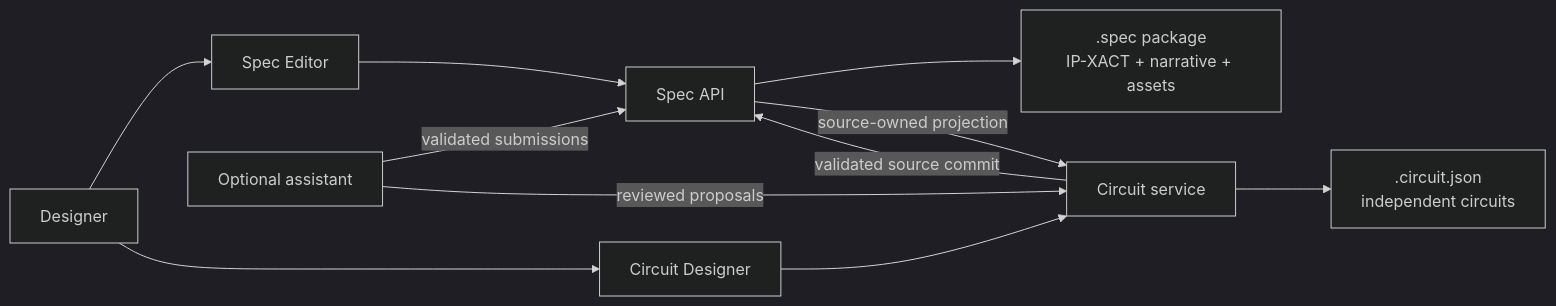
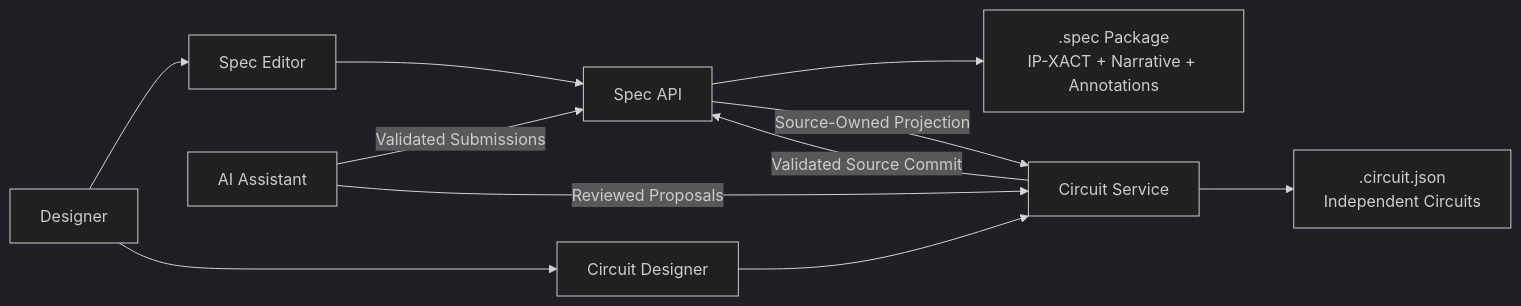
The diagram in README.md (ankdesh/spec2gds), drawn with Mermaid (dark theme) before and after one commit. The commit also changed other lines of this file and 73 other files, not shown here.

````diff
--- a/README.md
+++ b/README.md
@@ -13,13 +10,13 @@
 ```mermaid
 flowchart LR
     User["Designer"] --> SpecUI["Spec Editor"]
     SpecUI --> SpecAPI["Spec API"]
-    SpecAPI --> Package[".spec package<br/>IP-XACT + narrative + assets"]
-    SpecAPI -->|"source-owned projection"| CircuitAPI["Circuit service"]
+    SpecAPI --> Package[".spec Package<br/>IP-XACT + Narrative + Annotations"]
+    SpecAPI -->|"Source-Owned Projection"| CircuitAPI["Circuit Service"]
     CircuitUI["Circuit Designer"] --> CircuitAPI
-    CircuitAPI --> CircuitFile[".circuit.json<br/>independent circuits"]
-    CircuitAPI -->|"validated source commit"| SpecAPI
+    CircuitAPI --> CircuitFile[".circuit.json<br/>Independent Circuits"]
+    CircuitAPI -->|"Validated Source Commit"| SpecAPI
     User --> CircuitUI
-    Assistant["Optional assistant"] -->|"validated submissions"| SpecAPI
-    Assistant -->|"reviewed proposals"| CircuitAPI
+    Assistant["AI Assistant"] -->|"Validated Submissions"| SpecAPI
+    Assistant -->|"Reviewed Proposals"| CircuitAPI
 ```
````
